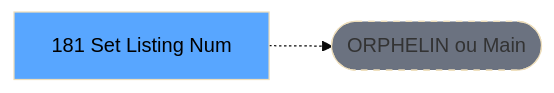
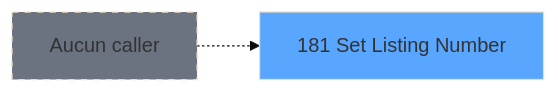
One commit to thonyAGP/lecteur-magic changed the second of 3 diagrams in .openspec/specs/ADH-IDE-181.md. Above: the diagram before and after it, drawn with Mermaid (base theme). The commit also changed other lines of this file and 96 other files, not shown here.

````diff
--- a/.openspec/specs/ADH-IDE-181.md
+++ b/.openspec/specs/ADH-IDE-181.md
@@ -117,8 +120,8 @@
 ```mermaid
 graph LR
-    T[181 Set Listing Num]
-    ORPHAN([ORPHELIN ou Main])
-    T -.-> ORPHAN
-    style T fill:#58a6ff,color:#000
-    style ORPHAN fill:#6b7280,stroke-dasharray: 5 5
+    T181[181 Set Listing Number]
+    style T181 fill:#58a6ff
+    NONE[Aucun caller]
+    NONE -.-> T181
+    style NONE fill:#6b7280,stroke-dasharray: 5 5
 ```
````
